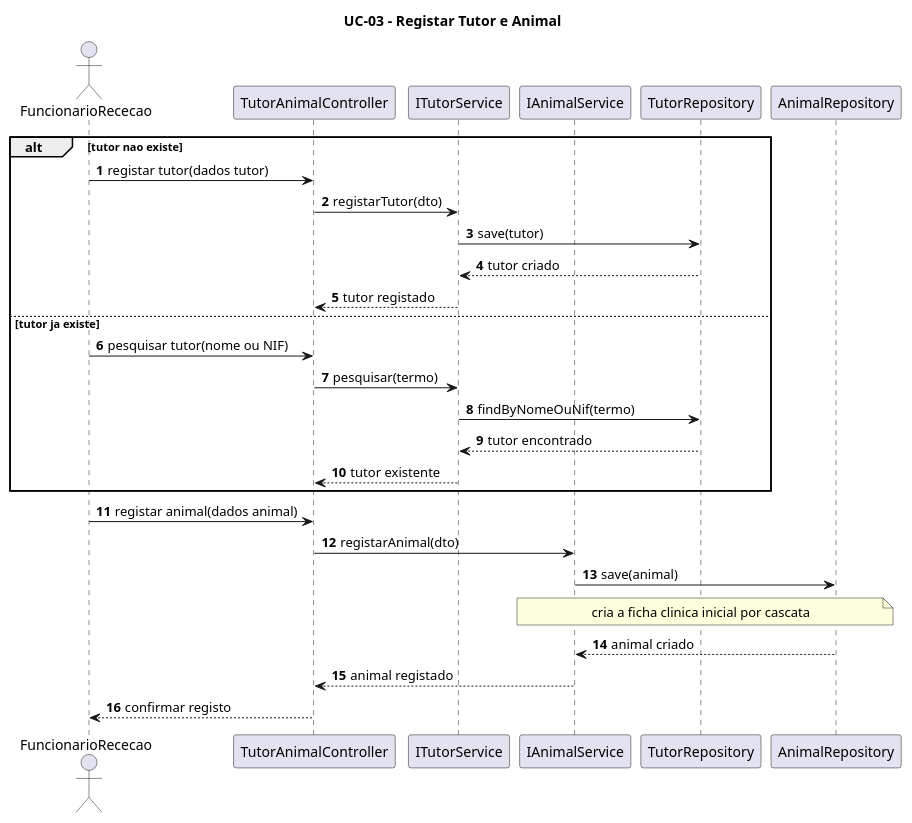
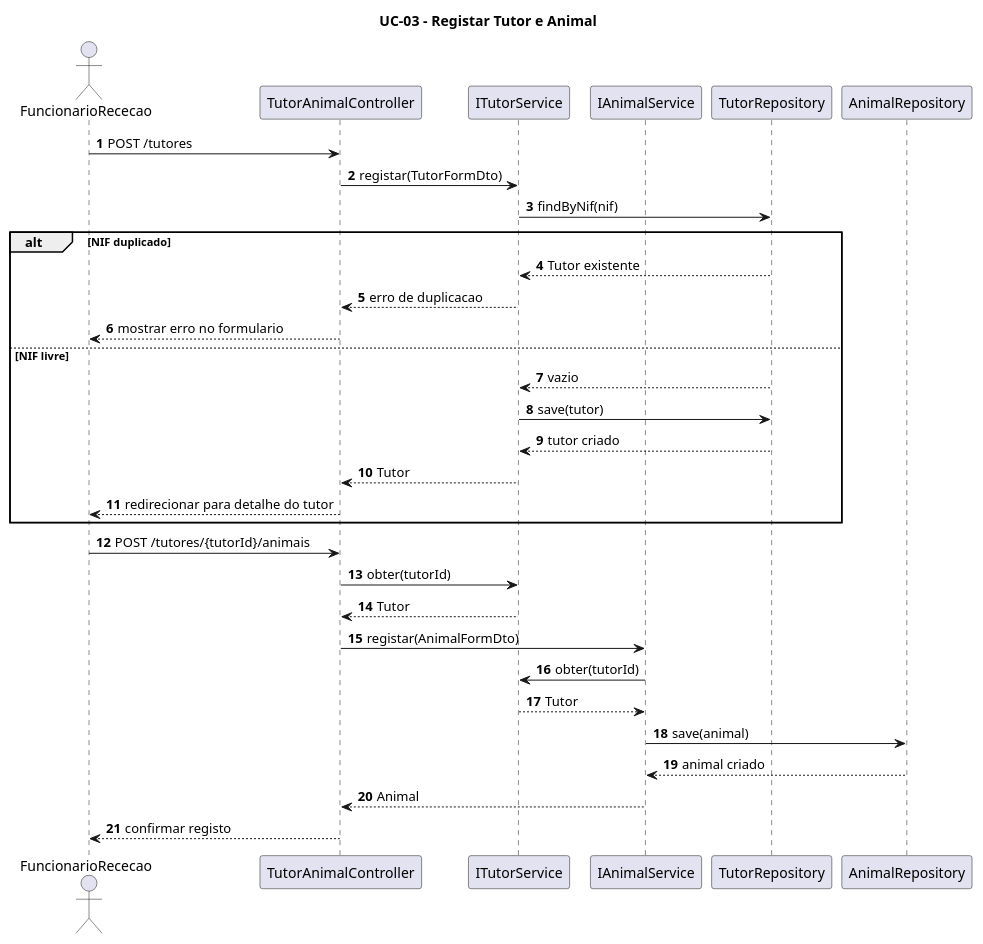
The diagram in docs/Etapa2/03-seq-diagrams/UC-03.puml (beatriz0freitas/LI4-G08), drawn with PlantUML before and after one commit. The commit also changed 50 other files, not shown here.

Commit message:
fix: adaptacao e melhroia de use case, diagramas de sequencia e requsiitos

```diff
--- a/docs/Etapa2/03-seq-diagrams/UC-03.puml
+++ b/docs/Etapa2/03-seq-diagrams/UC-03.puml
@@ -1,36 +1,39 @@
 @startuml UC-03
 title UC-03 - Registar Tutor e Animal
 
 autonumber
 actor FuncionarioRececao
 participant TutorAnimalController
 participant ITutorService
 participant IAnimalService
 participant TutorRepository
 participant AnimalRepository
 
-alt tutor nao existe
-  FuncionarioRececao -> TutorAnimalController : registar tutor(dados tutor)
-  TutorAnimalController -> ITutorService : registarTutor(dto)
+FuncionarioRececao -> TutorAnimalController : POST /tutores
+TutorAnimalController -> ITutorService : registar(TutorFormDto)
+ITutorService -> TutorRepository : findByNif(nif)
+
+alt NIF duplicado
+  TutorRepository --> ITutorService : Tutor existente
+  ITutorService --> TutorAnimalController : erro de duplicacao
+  TutorAnimalController --> FuncionarioRececao : mostrar erro no formulario
+else NIF livre
+  TutorRepository --> ITutorService : vazio
   ITutorService -> TutorRepository : save(tutor)
   TutorRepository --> ITutorService : tutor criado
-  ITutorService --> TutorAnimalController : tutor registado
-else tutor ja existe
-  FuncionarioRececao -> TutorAnimalController : pesquisar tutor(nome ou NIF)
-  TutorAnimalController -> ITutorService : pesquisar(termo)
-  ITutorService -> TutorRepository : findByNomeOuNif(termo)
-  TutorRepository --> ITutorService : tutor encontrado
-  ITutorService --> TutorAnimalController : tutor existente
+  ITutorService --> TutorAnimalController : Tutor
+  TutorAnimalController --> FuncionarioRececao : redirecionar para detalhe do tutor
 end
 
-FuncionarioRececao -> TutorAnimalController : registar animal(dados animal)
-TutorAnimalController -> IAnimalService : registarAnimal(dto)
+FuncionarioRececao -> TutorAnimalController : POST /tutores/{tutorId}/animais
+TutorAnimalController -> ITutorService : obter(tutorId)
+ITutorService --> TutorAnimalController : Tutor
+TutorAnimalController -> IAnimalService : registar(AnimalFormDto)
+IAnimalService -> ITutorService : obter(tutorId)
+ITutorService --> IAnimalService : Tutor
 IAnimalService -> AnimalRepository : save(animal)
-note over IAnimalService,AnimalRepository
-  cria a ficha clinica inicial por cascata
-end note
 AnimalRepository --> IAnimalService : animal criado
-IAnimalService --> TutorAnimalController : animal registado
+IAnimalService --> TutorAnimalController : Animal
 TutorAnimalController --> FuncionarioRececao : confirmar registo
 
 @enduml
```
